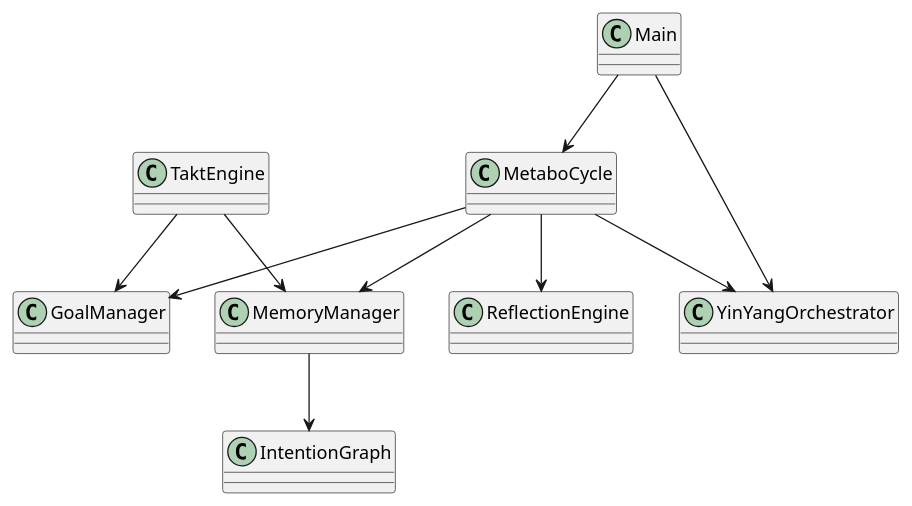
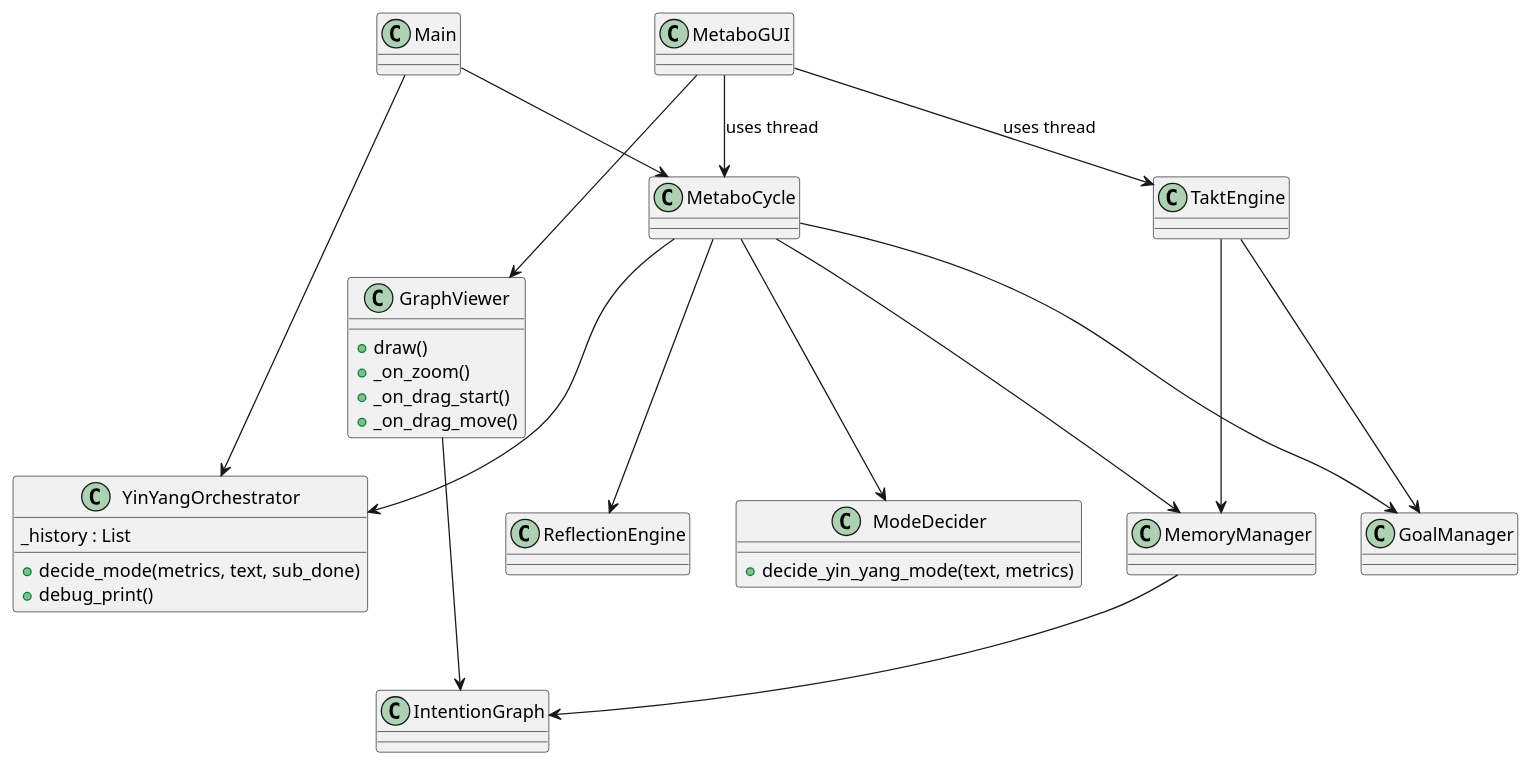
The diagram in doc/diagrams/class_diagram.puml (marcusreimold/MetaboMind), drawn with PlantUML before and after one commit. The commit also changed 11 other files, not shown here.

Commit message:
Improve graph viewer with panning

```diff
--- a/doc/diagrams/class_diagram.puml
+++ b/doc/diagrams/class_diagram.puml
@@ -1,19 +1,35 @@
 @startuml
 class Main
 class MetaboCycle
 class GoalManager
 class MemoryManager
 class IntentionGraph
 class ReflectionEngine
 class TaktEngine
 class YinYangOrchestrator
+class ModeDecider
+class MetaboGUI
+class GraphViewer
+GraphViewer : +draw()
+GraphViewer : +_on_zoom()
+GraphViewer : +_on_drag_start()
+GraphViewer : +_on_drag_move()
+YinYangOrchestrator : +decide_mode(metrics, text, sub_done)
+YinYangOrchestrator : +debug_print()
+YinYangOrchestrator : _history : List
+ModeDecider : +decide_yin_yang_mode(text, metrics)
 Main --> MetaboCycle
 MetaboCycle --> GoalManager
 MetaboCycle --> MemoryManager
 MetaboCycle --> ReflectionEngine
 MetaboCycle --> YinYangOrchestrator
+MetaboCycle --> ModeDecider
 MemoryManager --> IntentionGraph
 TaktEngine --> MemoryManager
 TaktEngine --> GoalManager
 Main --> YinYangOrchestrator
+MetaboGUI --> MetaboCycle : uses thread
+MetaboGUI --> TaktEngine : uses thread
+MetaboGUI --> GraphViewer
+GraphViewer --> IntentionGraph
 @enduml
```
